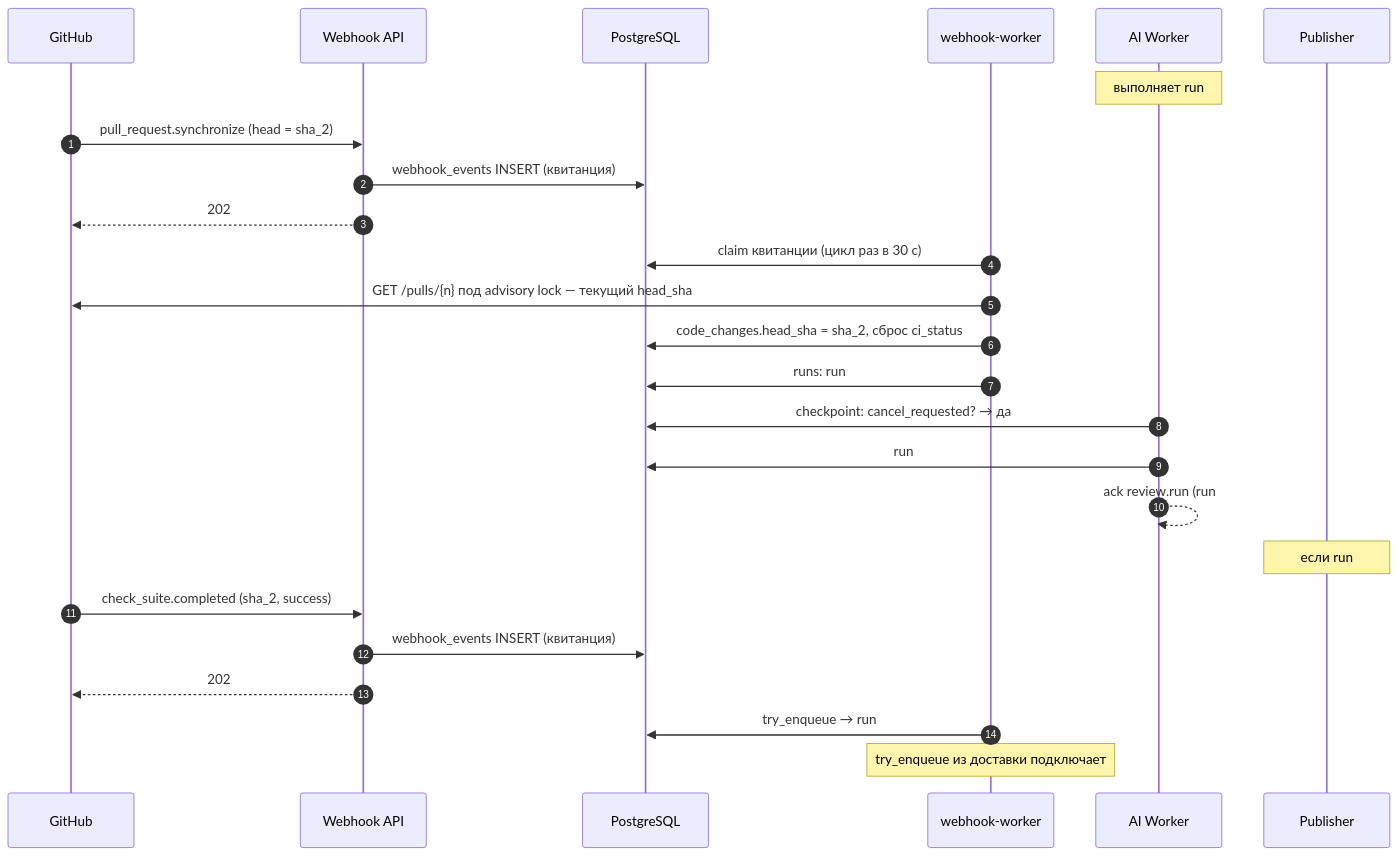
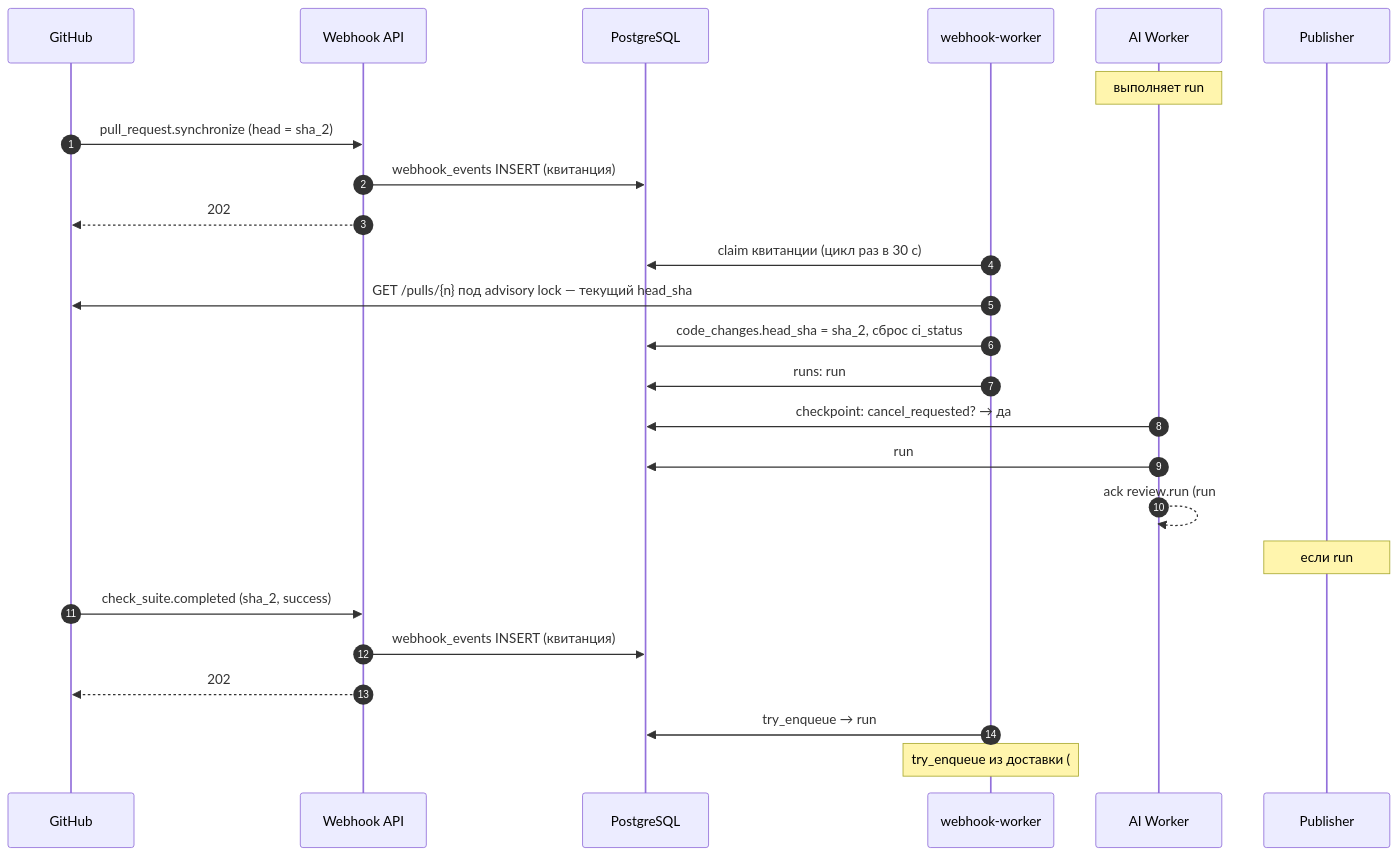
The sixth of 13 diagrams in docs/SYSTEM_DESIGN.md (larchanka-training/dmc-268-api-t6), drawn with Mermaid before and after one commit. The commit also changed other lines of this file and 4 other files, not shown here.

````diff
--- a/docs/SYSTEM_DESIGN.md
+++ b/docs/SYSTEM_DESIGN.md
@@ -298,28 +298,28 @@
 ```mermaid
 sequenceDiagram
   autonumber
   participant GH as GitHub
   participant WH as Webhook API
   participant PG as PostgreSQL
   participant WW as webhook-worker
   participant W as AI Worker
   participant P as Publisher
 
   Note over W: выполняет run#1 (sha_1)
   GH->>WH: pull_request.synchronize (head = sha_2)
   WH->>PG: webhook_events INSERT (квитанция)
   WH-->>GH: 202
   WW->>PG: claim квитанции (цикл раз в 30 с)
   WW->>GH: GET /pulls/{n} под advisory lock — текущий head_sha
   WW->>PG: code_changes.head_sha = sha_2, сброс ci_status
   WW->>PG: runs: run#1.cancel_requested = true
   W->>PG: checkpoint: cancel_requested? → да
   W->>PG: run#1.state → cancelled
   W-->>W: ack review.run (run#1), без публикации
   Note over P: если run#1 уже в review.publish — Publisher сверяет sha_1 ≠ head_sha и не постит
   GH->>WH: check_suite.completed (sha_2, success)
   WH->>PG: webhook_events INSERT (квитанция)
   WH-->>GH: 202
   WW->>PG: try_enqueue → run#2 (sha_2)
-  Note over WW: try_enqueue из доставки подключает #52
+  Note over WW: try_enqueue из доставки (#52)
 ```
````
